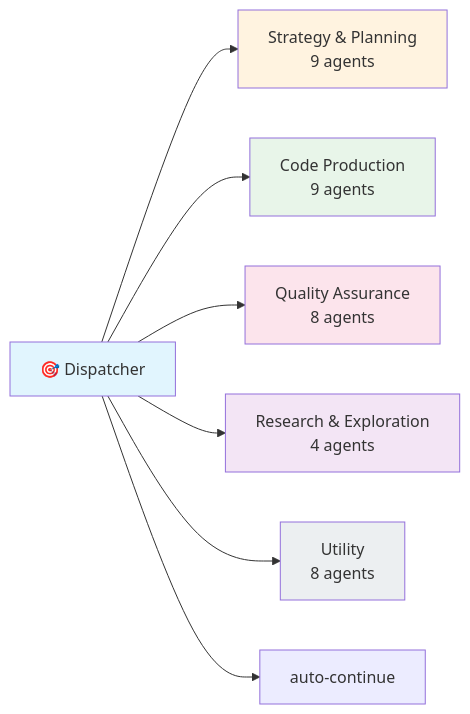
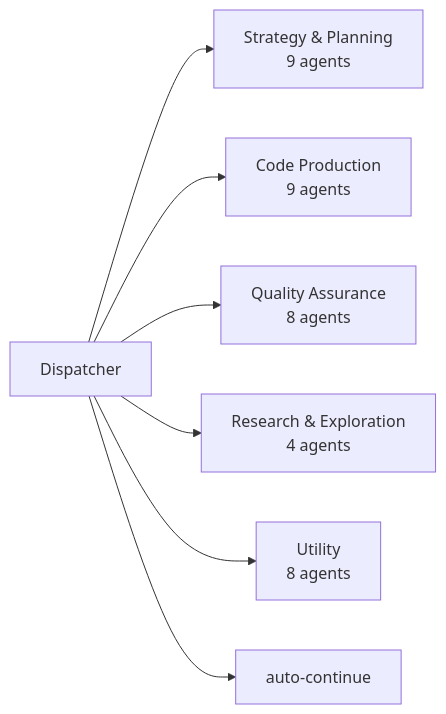
One commit to radoxtech/diricode changed the second of 7 diagrams in README.md. Above: the diagram before and after it, drawn with Mermaid. The commit also changed other lines of this file, not shown here.

Commit message:
docs: remove custom Mermaid colors from agent diagrams — use default theme

````diff
--- a/README.md
+++ b/README.md
@@ -215,18 +215,11 @@
 ```mermaid
 graph LR
-    D[🎯 Dispatcher]
+    D[Dispatcher]
 
     D --> SP[Strategy & Planning\n9 agents]
     D --> CP[Code Production\n9 agents]
     D --> QA[Quality Assurance\n8 agents]
     D --> RE[Research & Exploration\n4 agents]
     D --> UT[Utility\n8 agents]
     D --> AC[auto-continue]
-
-    style D fill:#e1f5fe
-    style SP fill:#fff3e0
-    style CP fill:#e8f5e9
-    style QA fill:#fce4ec
-    style RE fill:#f3e5f5
-    style UT fill:#eceff1
 ```
````
